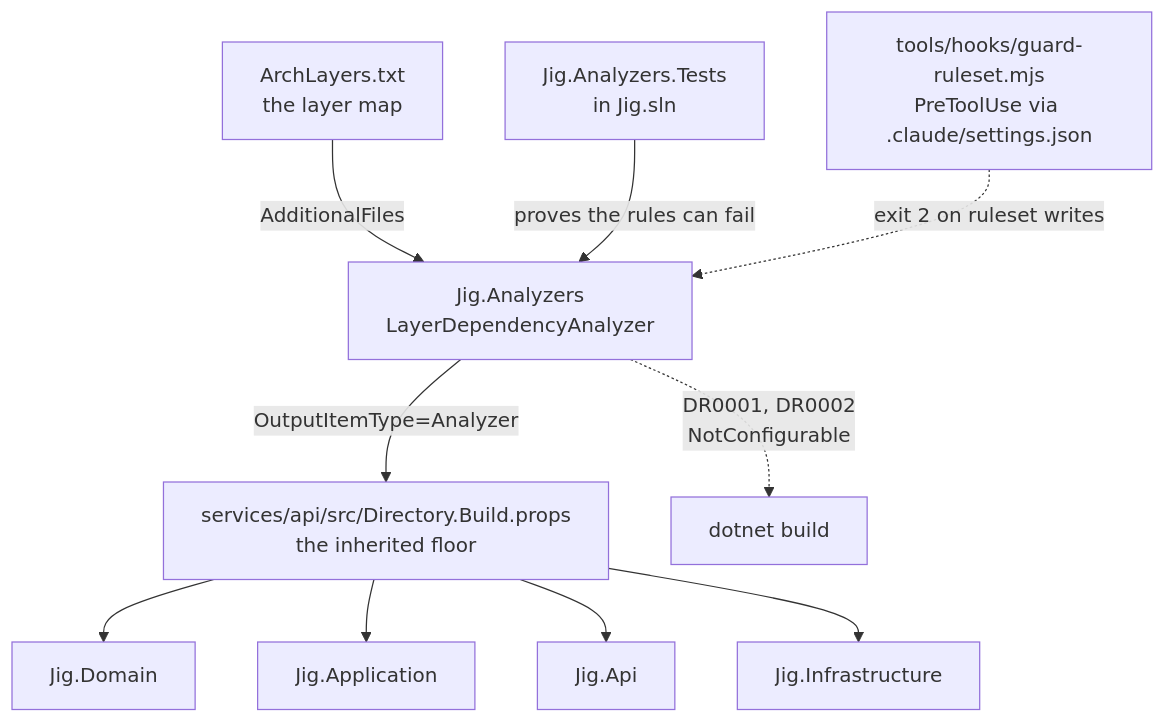
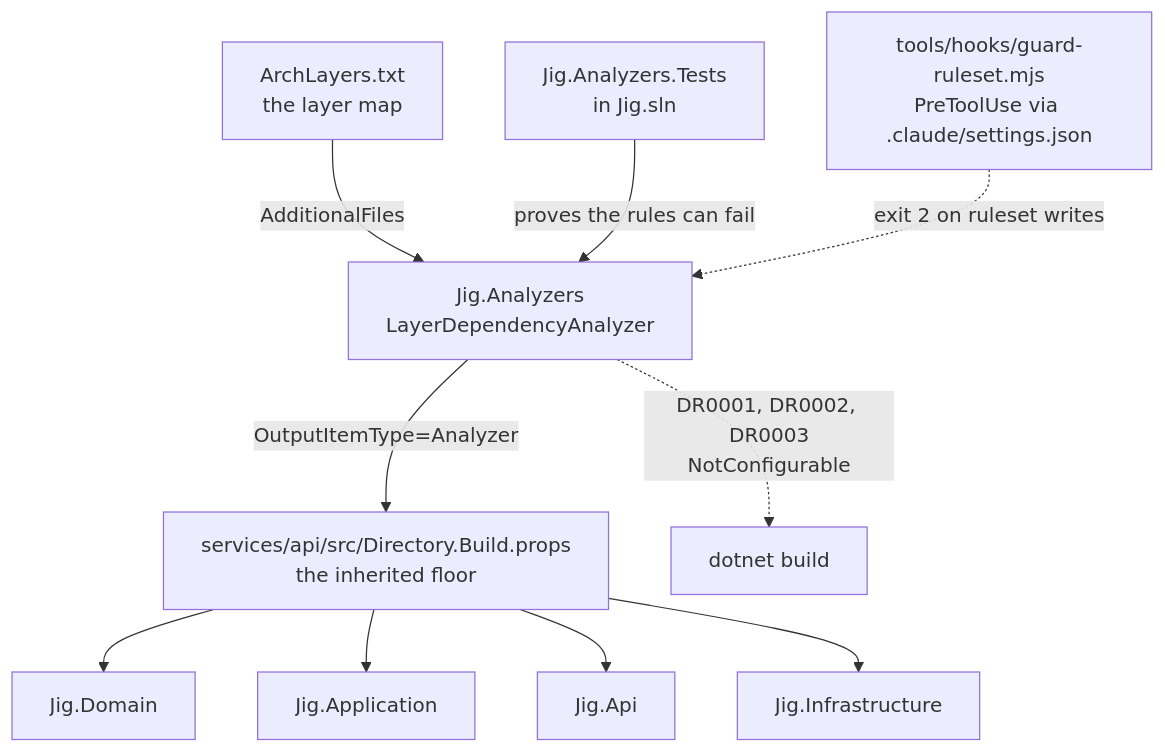
The diagram in docs/superpowers/specs/2026-07-17-roslyn-architecture-analyzers-design.md (satish-krishna/jig), drawn with Mermaid before and after one commit. The commit also changed other lines of this file and 2 other files, not shown here.

````diff
--- a/docs/superpowers/specs/2026-07-17-roslyn-architecture-analyzers-design.md
+++ b/docs/superpowers/specs/2026-07-17-roslyn-architecture-analyzers-design.md
@@ -27,12 +27,12 @@
 ```mermaid
 graph TD
     ArchLayers["ArchLayers.txt<br/>the layer map"] -->|AdditionalFiles| Analyzer
     Analyzer["Jig.Analyzers<br/>LayerDependencyAnalyzer"] -->|OutputItemType=Analyzer| Props
     Props["services/api/src/Directory.Build.props<br/>the inherited floor"] --> Domain[Jig.Domain]
     Props --> App[Jig.Application]
     Props --> Api[Jig.Api]
     Props --> Infra[Jig.Infrastructure]
-    Analyzer -.->|DR0001, DR0002<br/>NotConfigurable| Build[dotnet build]
+    Analyzer -.->|DR0001, DR0002, DR0003<br/>NotConfigurable| Build[dotnet build]
     Tests["Jig.Analyzers.Tests<br/>in Jig.sln"] -->|proves the rules can fail| Analyzer
     Hook["tools/hooks/guard-ruleset.mjs<br/>PreToolUse via .claude/settings.json"] -.->|exit 2 on ruleset writes| Analyzer
 ```
````
